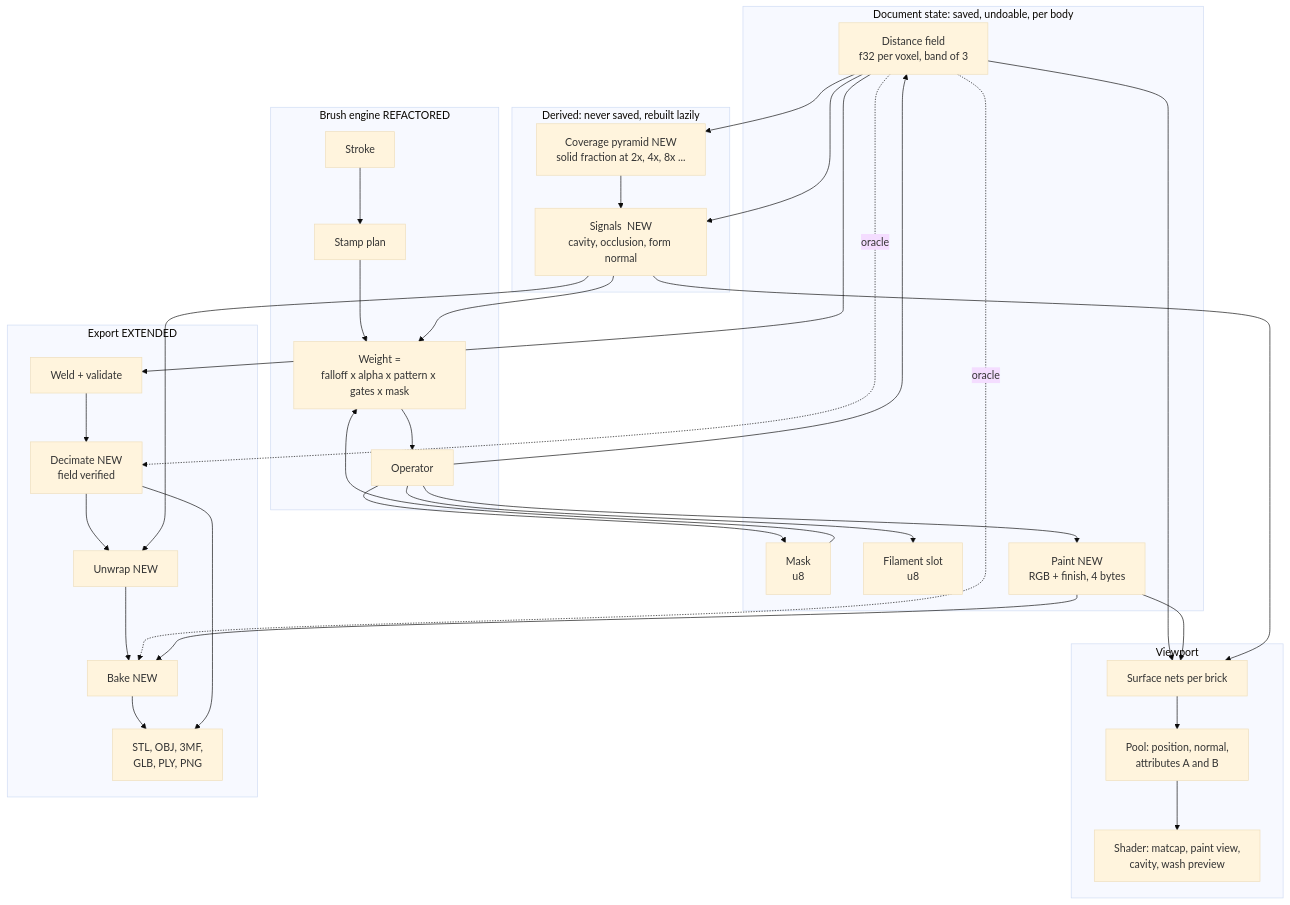
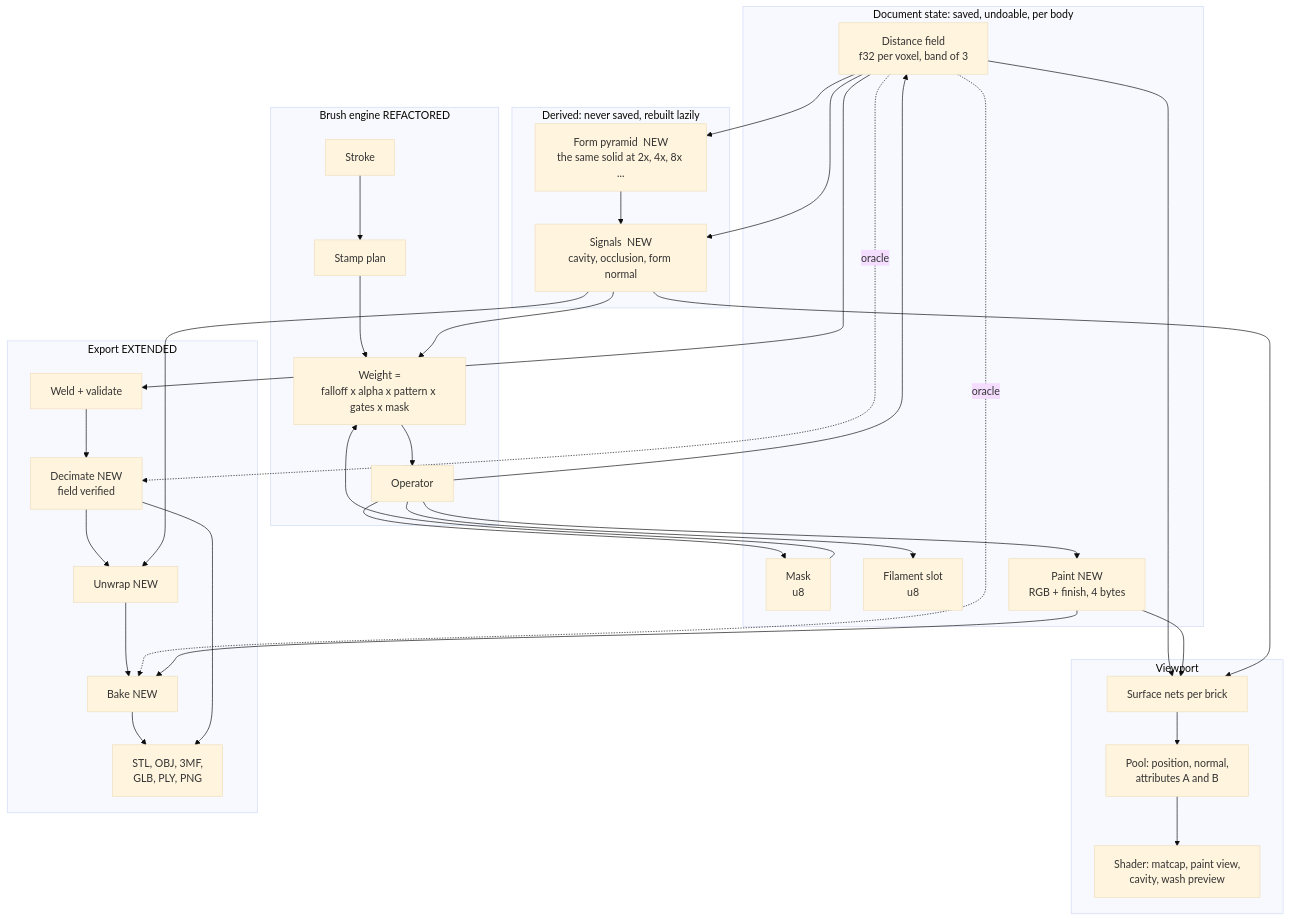
Before and after one commit to DanielJoyce/brokkrsculpt: the first of 8 diagrams in docs/STUDIO-PLAN.md, drawn with Mermaid (base theme). The commit also changed other lines of this file and 2 other files, not shown here.

````diff
--- a/docs/STUDIO-PLAN.md
+++ b/docs/STUDIO-PLAN.md
@@ -194,53 +195,53 @@
 ```mermaid
 flowchart TB
     subgraph DOC["Document state: saved, undoable, per body"]
         F["Distance field<br/>f32 per voxel, band of 3"]
         M["Mask<br/>u8"]
         SL["Filament slot<br/>u8"]
         P["Paint  NEW<br/>RGB + finish, 4 bytes"]
     end
 
     subgraph DER["Derived: never saved, rebuilt lazily"]
-        CP["Coverage pyramid  NEW<br/>solid fraction at 2x, 4x, 8x ..."]
+        CP["Form pyramid  NEW<br/>the same solid at 2x, 4x, 8x ..."]
         SIG["Signals  NEW<br/>cavity, occlusion, form normal"]
     end
 
     subgraph ENG["Brush engine  REFACTORED"]
         ST["Stroke"] --> PL["Stamp plan"]
         PL --> W["Weight =<br/>falloff x alpha x pattern x gates x mask"]
         W --> OP["Operator"]
     end
 
     subgraph VIEW["Viewport"]
         MESH["Surface nets per brick"]
         GPU["Pool: position, normal,<br/>attributes A and B"]
         SH["Shader: matcap, paint view,<br/>cavity, wash preview"]
     end
 
     subgraph OUT["Export  EXTENDED"]
         WELD["Weld + validate"]
         DEC["Decimate  NEW<br/>field verified"]
         UV["Unwrap  NEW"]
         BAKE["Bake  NEW"]
         WR["STL, OBJ, 3MF,<br/>GLB, PLY, PNG"]
     end
 
     F --> CP --> SIG
     F --> SIG
     SIG --> W
     M --> W
     OP --> F
     OP --> M
     OP --> SL
     OP --> P
     F --> MESH
     P --> MESH
     SIG --> MESH
     MESH --> GPU --> SH
     F --> WELD --> DEC --> UV --> BAKE --> WR
     DEC --> WR
     F -. "oracle" .-> DEC
     F -. "oracle" .-> BAKE
     P --> BAKE
     SIG --> UV
 ```
````
